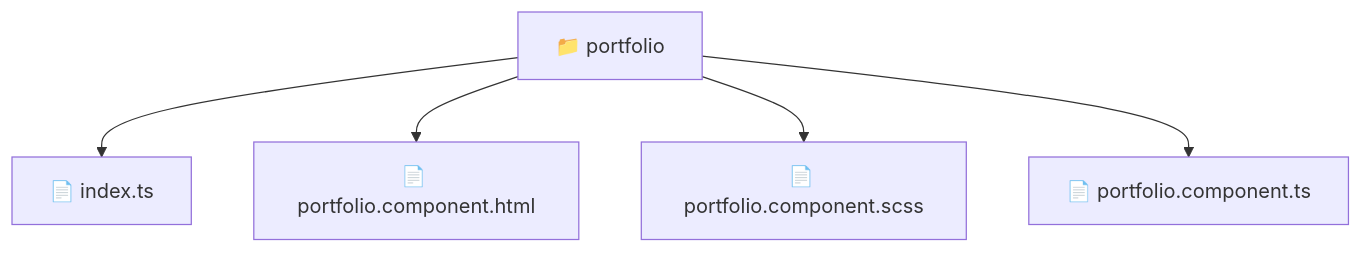
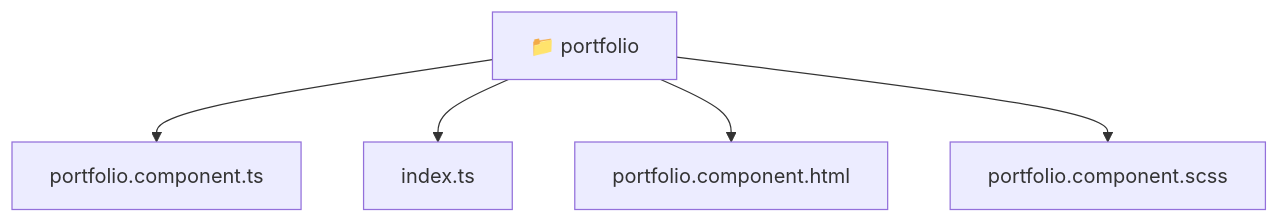
One commit to beginwebdev2002/fullstack-mavluda changed the diagram in frontend/src/pages/portfolio/README.md. Above: the diagram before and after it, drawn with Mermaid. The commit also changed other lines of this file and 167 other files, not shown here.

````diff
--- a/frontend/src/pages/portfolio/README.md
+++ b/frontend/src/pages/portfolio/README.md
@@ -11,8 +11,12 @@
 ```mermaid
 graph TD
-  Root["📁 portfolio"]
-  Root --> index_ts["📄 index.ts"]
-  Root --> portfolio_component_html["📄 portfolio.component.html"]
-  Root --> portfolio_component_scss["📄 portfolio.component.scss"]
-  Root --> portfolio_component_ts["📄 portfolio.component.ts"]
+  Root_portfolio["📁 portfolio"]
+  f_portfolio_component_ts["portfolio.component.ts"]
+  Root_portfolio --> f_portfolio_component_ts
+  f_index_ts["index.ts"]
+  Root_portfolio --> f_index_ts
+  f_portfolio_component_html["portfolio.component.html"]
+  Root_portfolio --> f_portfolio_component_html
+  f_portfolio_component_scss["portfolio.component.scss"]
+  Root_portfolio --> f_portfolio_component_scss
 ```
````
